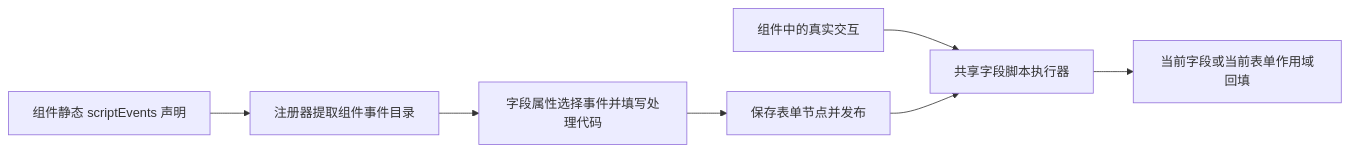
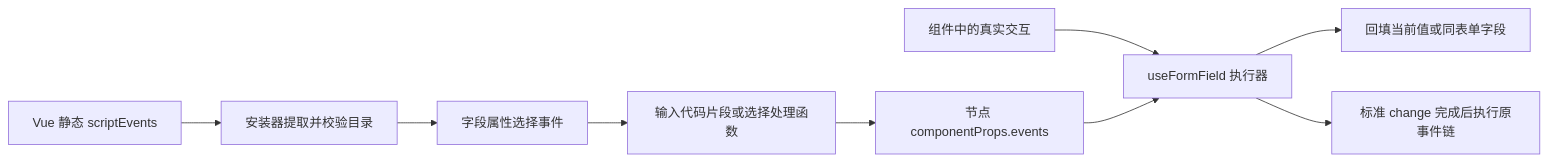
One commit to benbenbingbing/flow changed the diagram in docs/component-owned-field-events-plan.md. Above: the diagram before and after it, drawn with Mermaid. The commit also changed other lines of this file and 52 other files, not shown here.

Commit message:
feat: 字段事件脚本归属组件（Component-Owned Field Events）落地——新增字段事件处理器注册表与 common/handlers 内置处理器，事件脚本元数据与配置模型下沉到 workflow-core 共享层；全部内置字段组件（文本/数字/日期/选择/级联/子表单等）迁移为组件自有事件声明，设计器事件面板、扩展校验脚本、PC/移动运行时与注册测试同步

````diff
--- a/docs/component-owned-field-events-plan.md
+++ b/docs/component-owned-field-events-plan.md
@@ -9,9 +7,11 @@
 ```mermaid
 flowchart LR
-  A[组件静态 scriptEvents 声明] --> B[注册器提取组件事件目录]
-  B --> C[字段属性选择事件并填写处理代码]
-  C --> D[保存表单节点并发布]
-  E[组件中的真实交互] --> F[共享字段脚本执行器]
-  D --> F
-  F --> G[当前字段或当前表单作用域回填]
+  A[Vue 静态 scriptEvents] --> B[安装器提取并校验目录]
+  B --> C[字段属性选择事件]
+  C --> D[输入代码片段或选择处理函数]
+  D --> E[节点 componentProps.events]
+  F[组件中的真实交互] --> G[useFormField 执行器]
+  E --> G
+  G --> H[回填当前值或同表单字段]
+  G --> I[标准 change 完成后执行原事件链]
 ```
````
